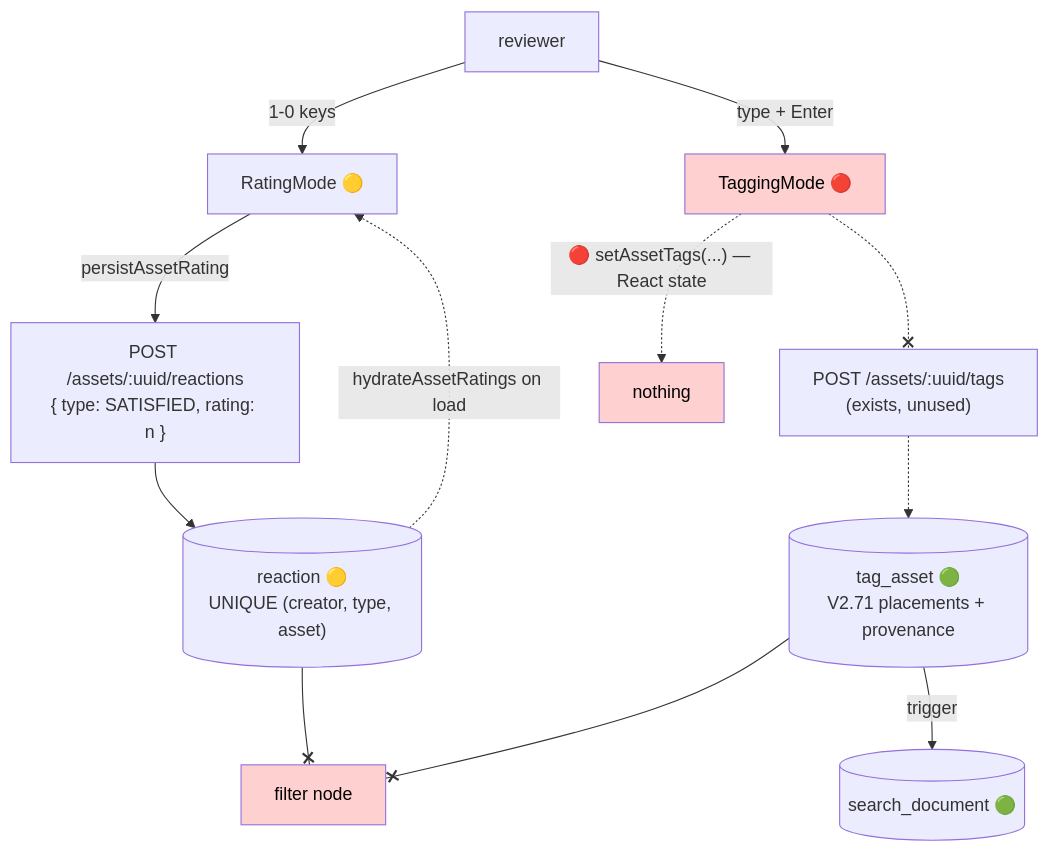
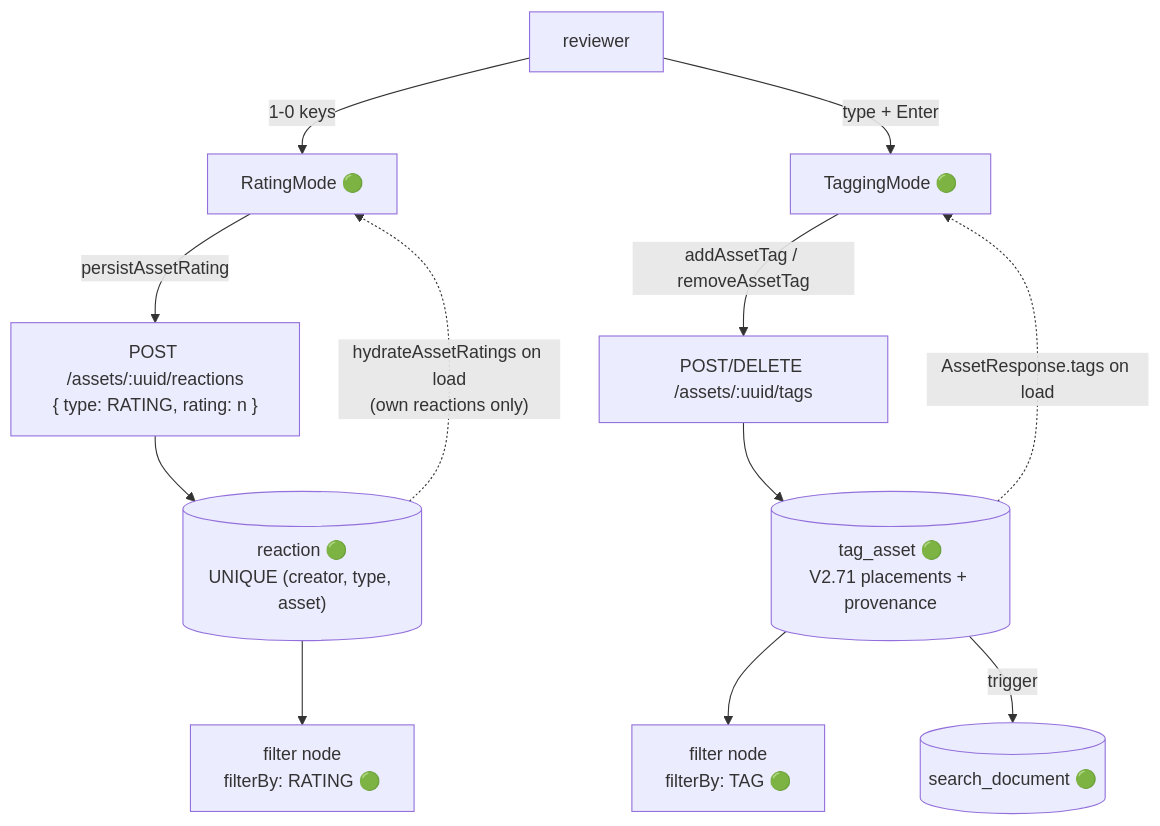
Before and after one commit to metaloom/metaloom: the first of 2 diagrams in spec/workflows/WORKFLOW_MANUAL_SORT.md, drawn with Mermaid. The commit also changed other lines of this file and 58 other files, not shown here.

Commit message:
Add rating, reaction and manual sort support

````diff
--- a/spec/workflows/WORKFLOW_MANUAL_SORT.md
+++ b/spec/workflows/WORKFLOW_MANUAL_SORT.md
@@ -43,21 +43,17 @@
 ```mermaid
 flowchart TB
-    U["reviewer"] -->|"1-0 keys"| RM["RatingMode 🟡"]
-    U -->|"type + Enter"| TM["TaggingMode 🔴"]
+    U["reviewer"] -->|"1-0 keys"| RM["RatingMode 🟢"]
+    U -->|"type + Enter"| TM["TaggingMode 🟢"]
 
-    RM -->|"persistAssetRating"| RX["POST /assets/:uuid/reactions<br/>{ type: SATISFIED, rating: n }"]
-    RX --> DB1[("reaction 🟡<br/>UNIQUE (creator, type, asset)")]
-    DB1 -.->|"hydrateAssetRatings on load"| RM
+    RM -->|"persistAssetRating"| RX["POST /assets/:uuid/reactions<br/>{ type: RATING, rating: n }"]
+    RX --> DB1[("reaction 🟢<br/>UNIQUE (creator, type, asset)")]
+    DB1 -.->|"hydrateAssetRatings on load<br/>(own reactions only)"| RM
 
-    TM -.->|"🔴 setAssetTags(...) — React state"| NUL["nothing"]
-    TM -.-x TX["POST /assets/:uuid/tags<br/>(exists, unused)"]
-    TX -.-> DB2[("tag_asset 🟢<br/>V2.71 placements + provenance")]
+    TM -->|"addAssetTag / removeAssetTag"| TX["POST/DELETE /assets/:uuid/tags"]
+    TX --> DB2[("tag_asset 🟢<br/>V2.71 placements + provenance")]
+    DB2 -.->|"AssetResponse.tags on load"| TM
 
-    DB1 --x C1["filter node"]
-    DB2 --x C1
+    DB1 --> C1["filter node<br/>filterBy: RATING 🟢"]
+    DB2 --> C2["filter node<br/>filterBy: TAG 🟢"]
     DB2 -->|"trigger"| SD[("search_document 🟢")]
-
-    style TM fill:#ffd0d0,color:#000
-    style NUL fill:#ffd0d0,color:#000
-    style C1 fill:#ffd0d0,color:#000
 ```
````
